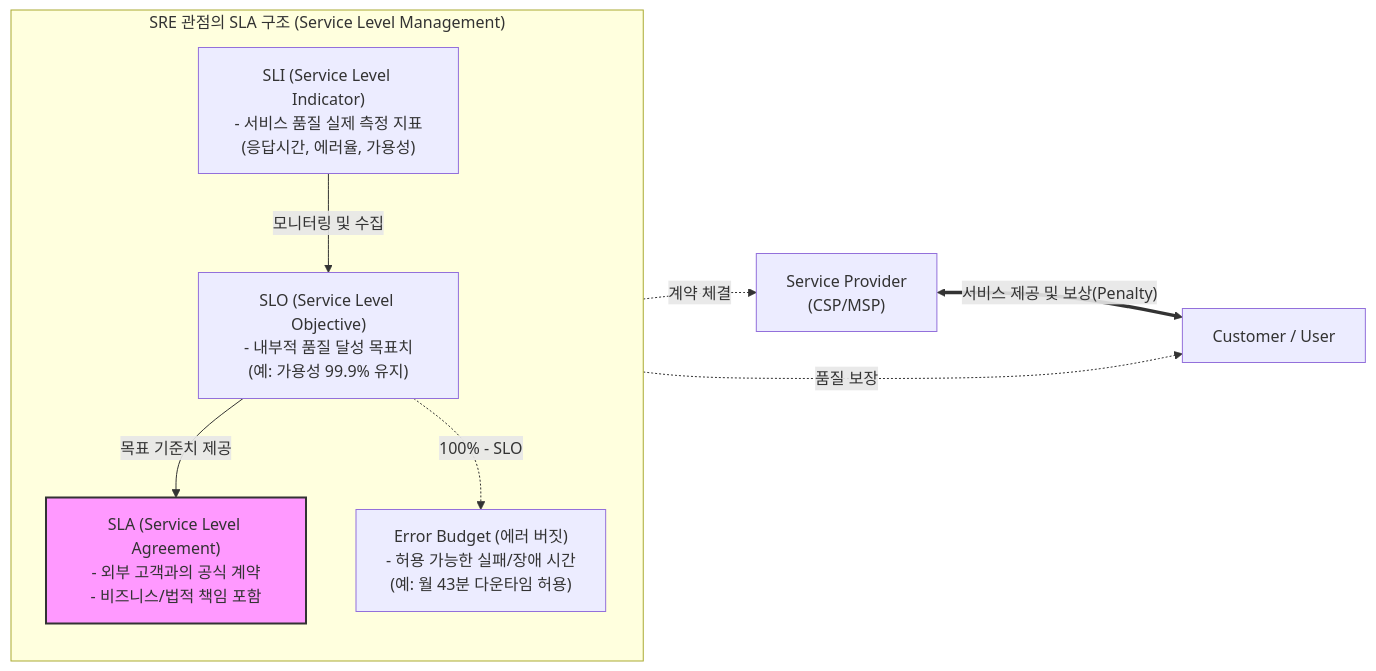
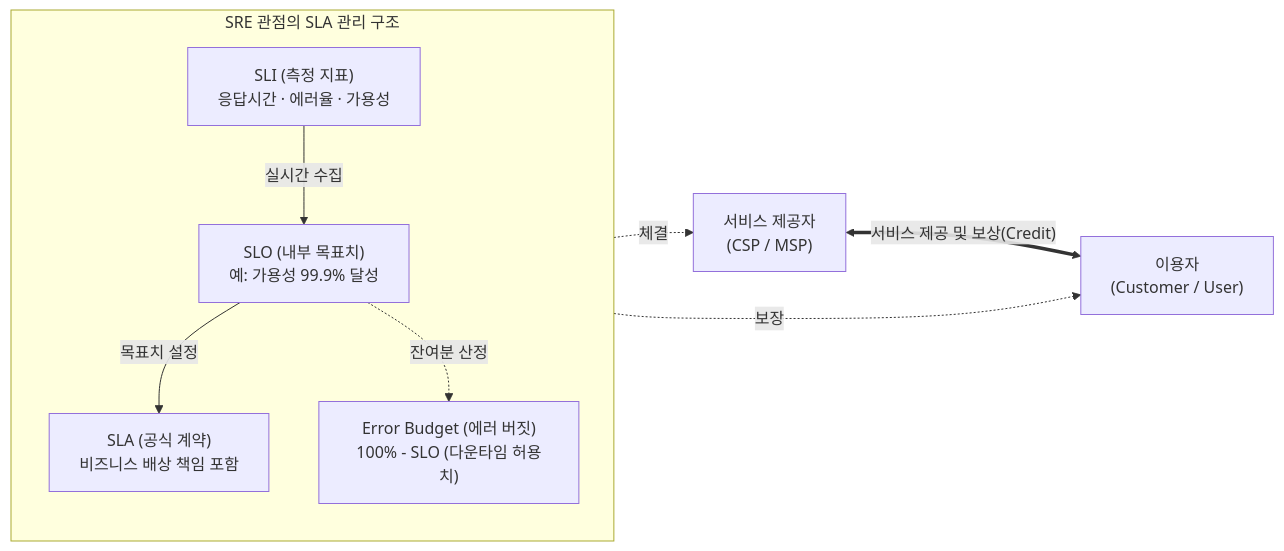
One commit to supremethumb/supremethumb.github.io changed the diagram in content/01_IT Tech/SLA.md. Above: the diagram before and after it, drawn with Mermaid. The commit also changed other lines of this file and 362 other files, not shown here.

````diff
--- a/content/01_IT Tech/SLA.md
+++ b/content/01_IT Tech/SLA.md
@@ -29,23 +36,18 @@
 ```mermaid
 flowchart LR
-    subgraph "SRE 관점의 SLA 구조 (Service Level Management)"
+    subgraph SRE_Structure ["SRE 관점의 SLA 관리 구조"]
         direction TB
-        
-        SLI["SLI (Service Level Indicator)<br/>- 서비스 품질 실제 측정 지표<br/>(응답시간, 에러율, 가용성)"]
-        SLO["SLO (Service Level Objective)<br/>- 내부적 품질 달성 목표치<br/>(예: 가용성 99.9% 유지)"]
-        SLA_Contract["SLA (Service Level Agreement)<br/>- 외부 고객과의 공식 계약<br/>- 비즈니스/법적 책임 포함"]
-        Error_Budget["Error Budget (에러 버짓)<br/>- 허용 가능한 실패/장애 시간<br/>(예: 월 43분 다운타임 허용)"]
+        SLI["SLI (측정 지표)<br/>응답시간 · 에러율 · 가용성"]
+        SLO["SLO (내부 목표치)<br/>예: 가용성 99.9% 달성"]
+        SLA_Contract["SLA (공식 계약)<br/>비즈니스 배상 책임 포함"]
+        Error_Budget["Error Budget (에러 버짓)<br/>100% - SLO (다운타임 허용치)"]
 
-        SLI -->|모니터링 및 수집| SLO
-        SLO -->|목표 기준치 제공| SLA_Contract
-        SLO -.->|100% - SLO| Error_Budget
+        SLI -->|실시간 수집| SLO
+        SLO -->|목표치 설정| SLA_Contract
+        SLO -.->|잔여분 산정| Error_Budget
     end
 
-    Provider["Service Provider<br/>(CSP/MSP)"] <== "서비스 제공 및 보상(Penalty)" ==> Customer["Customer / User"]
-    
-    SLA_Contract -.->|계약 체결| Provider
-    SLA_Contract -.->|품질 보장| Customer
-    
-    style SLA_Contract fill:#f9f,stroke:#333,stroke-width:2px
-
+    Provider["서비스 제공자<br/>(CSP / MSP)"] <== "서비스 제공 및 보상(Credit)" ==> Customer["이용자<br/>(Customer / User)"]
+    SLA_Contract -.->|체결| Provider
+    SLA_Contract -.->|보장| Customer
 ```
````
